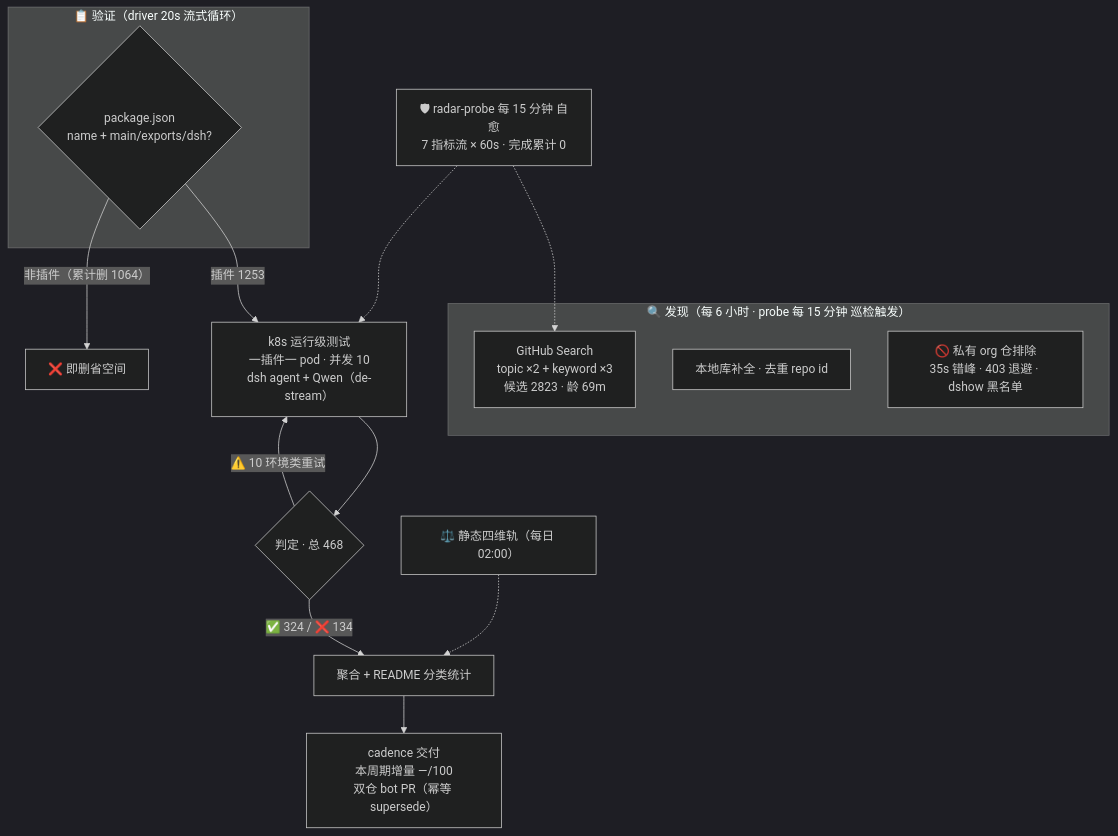
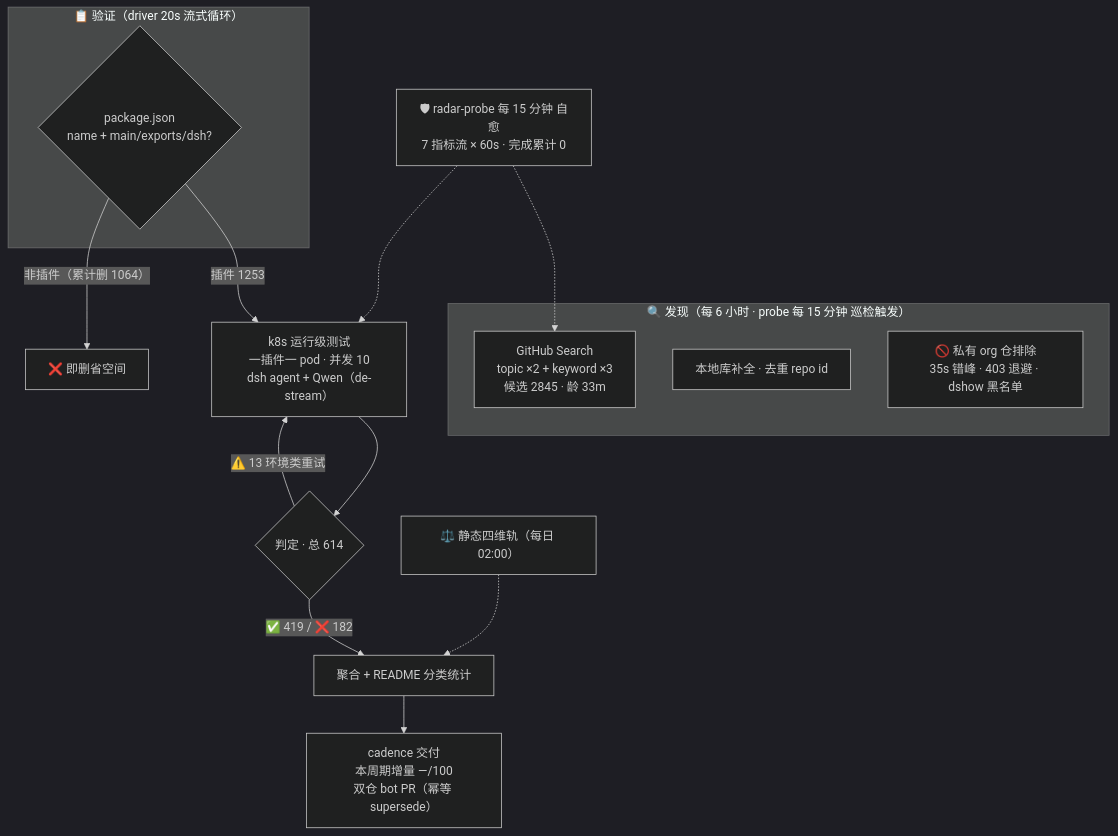
The diagram in README.md (Zhidao-Lab-OSS/awesome-dsh-plugins), drawn with Mermaid (dark theme) before and after one commit. The commit also changed other lines of this file and 1 other file, not shown here.

````diff
--- a/README.md
+++ b/README.md
@@ -32,20 +32,20 @@
 ```mermaid
 flowchart TB
     subgraph Discovery["🔍 发现（每 6 小时 · probe 每 15 分钟 巡检触发）"]
-        A1["GitHub Search<br/>topic ×2 + keyword ×3<br/>候选 2823 · 龄 69m"]
+        A1["GitHub Search<br/>topic ×2 + keyword ×3<br/>候选 2845 · 龄 33m"]
         A2["本地库补全 · 去重 repo id"]
         A3["🚫 私有 org 仓排除<br/>35s 错峰 · 403 退避 · dshow 黑名单"]
     end
     subgraph Validation["📋 验证（driver 20s 流式循环）"]
         B1{"package.json<br/>name + main/exports/dsh?"}
     end
     B1 -->|"插件 1253"| C1["k8s 运行级测试<br/>一插件一 pod · 并发 10<br/>dsh agent + Qwen（de-stream）"]
     B1 -->|"非插件（累计删 1064）"| B3["❌ 即删省空间"]
-    C1 --> D1{"判定 · 总 468"}
-    D1 -->|"✅ 324 / ❌ 134"| E1["聚合 + README 分类统计"]
-    D1 -->|"⚠️ 10 环境类重试"| C1
+    C1 --> D1{"判定 · 总 614"}
+    D1 -->|"✅ 419 / ❌ 182"| E1["聚合 + README 分类统计"]
+    D1 -->|"⚠️ 13 环境类重试"| C1
     E1 --> E2["cadence 交付<br/>本周期增量 —/100<br/>双仓 bot PR（幂等 supersede）"]
     S["⚖️ 静态四维轨（每日 02:00）"] -.-> E1
     M["🛡 radar-probe 每 15 分钟 自愈<br/>7 指标流 × 60s · 完成累计 0"] -.-> A1
     M -.-> C1
 ```
````
